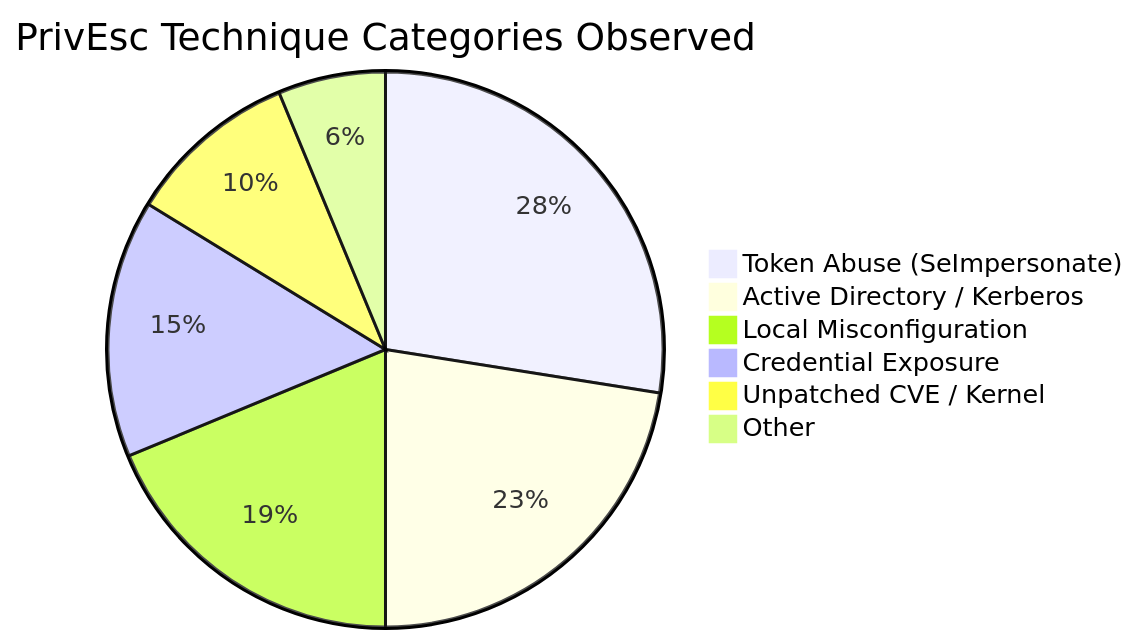
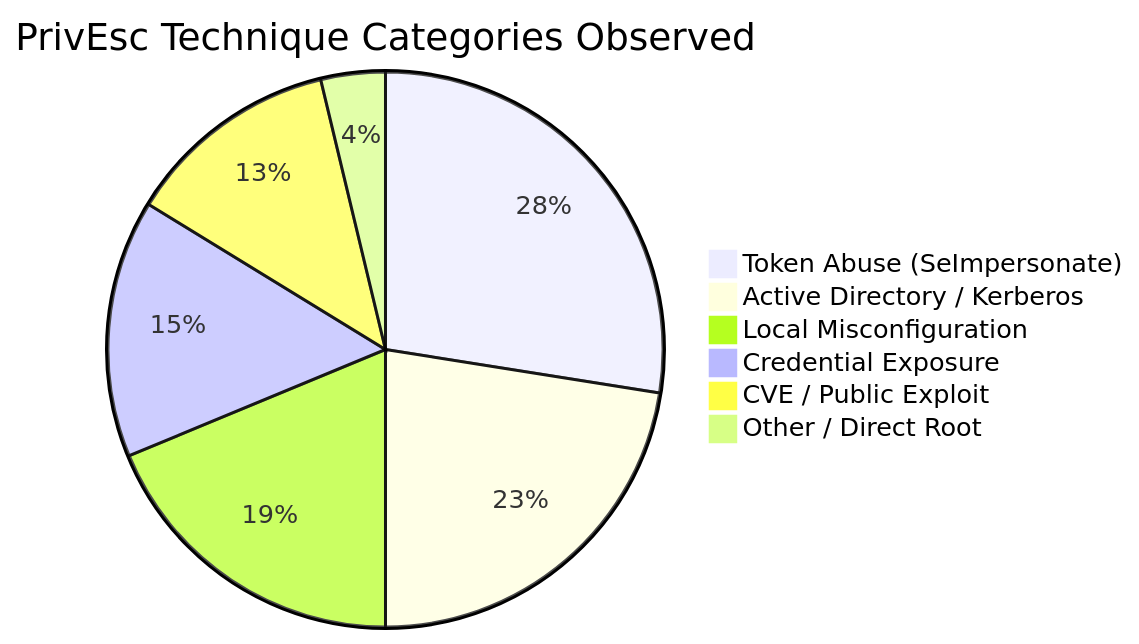
One commit to morimori-dev/morimori-dev.github.io changed the second of 7 diagrams in _posts/2026-03-06-tech-windows-privesc-summary.md. Above: the diagram before and after it, drawn with Mermaid. The commit also changed other lines of this file and 1 other file, not shown here.

````diff
--- a/_posts/2026-03-06-tech-windows-privesc-summary.md
+++ b/_posts/2026-03-06-tech-windows-privesc-summary.md
@@ -47,9 +50,9 @@
 ```mermaid
 pie title PrivEsc Technique Categories Observed
     "Token Abuse (SeImpersonate)" : 22
     "Active Directory / Kerberos" : 18
     "Local Misconfiguration" : 15
     "Credential Exposure" : 12
-    "Unpatched CVE / Kernel" : 8
-    "Other" : 5
+    "CVE / Public Exploit" : 10
+    "Other / Direct Root" : 3
 ```
````
